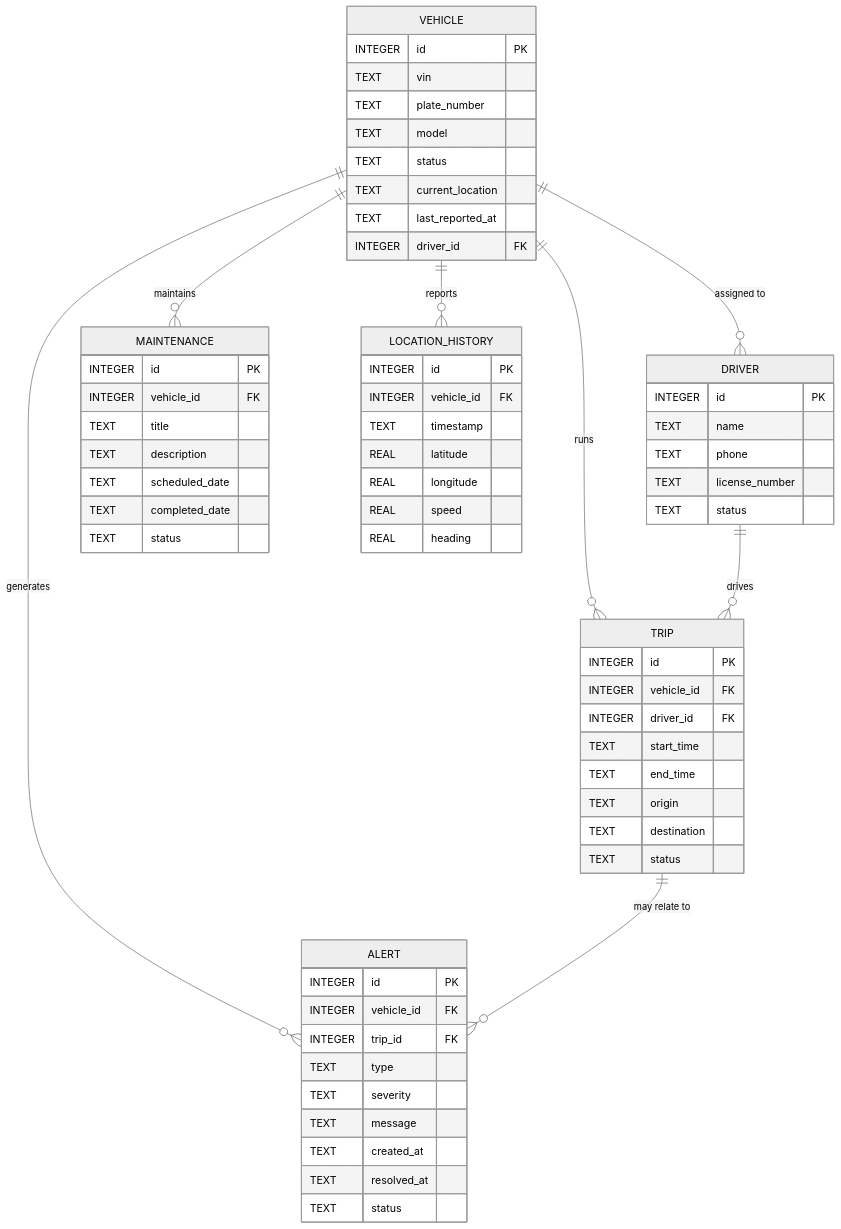
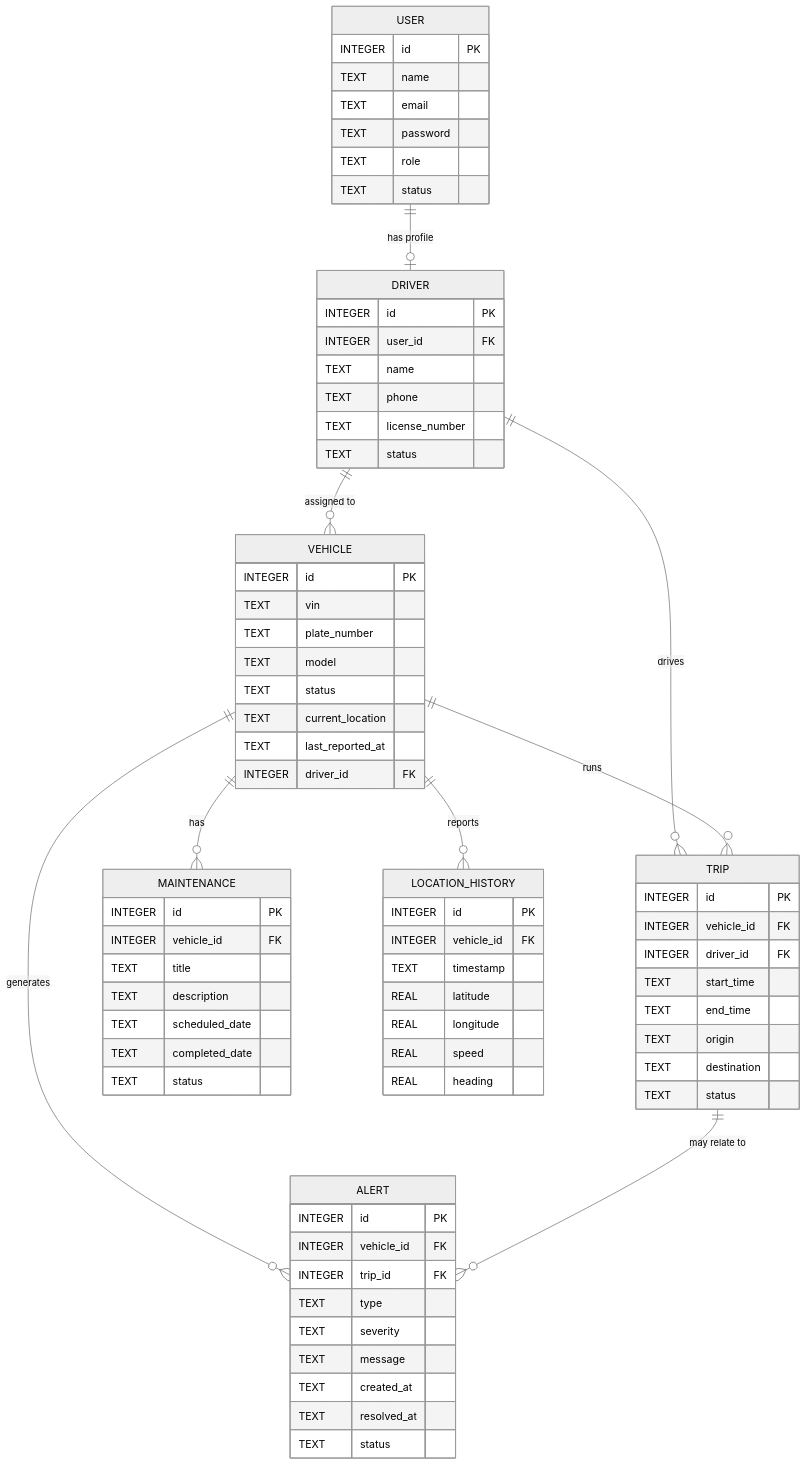
The diagram in docs/ER_Diagram.md (sachin49824-crypto/capstone), drawn with Mermaid (neutral theme) before and after one commit. The commit also changed other lines of this file, not shown here.

Commit message:
docs(er): update vehicle fleet ER diagram

````diff
--- a/docs/ER_Diagram.md
+++ b/docs/ER_Diagram.md
@@ -5,5 +5,24 @@
 ```mermaid
 erDiagram
+
+    USER {
+        INTEGER id PK
+        TEXT name
+        TEXT email
+        TEXT password
+        TEXT role
+        TEXT status
+    }
+
+    DRIVER {
+        INTEGER id PK
+        INTEGER user_id FK
+        TEXT name
+        TEXT phone
+        TEXT license_number
+        TEXT status
+    }
+
     VEHICLE {
         INTEGER id PK
         TEXT vin
@@ -14,13 +33,7 @@
         TEXT last_reported_at
         INTEGER driver_id FK
     }
-    DRIVER {
-        INTEGER id PK
-        TEXT name
-        TEXT phone
-        TEXT license_number
-        TEXT status
-    }
+
     TRIP {
         INTEGER id PK
         INTEGER vehicle_id FK
@@ -31,6 +44,7 @@
         TEXT destination
         TEXT status
     }
+
     ALERT {
         INTEGER id PK
         INTEGER vehicle_id FK
@@ -42,6 +56,7 @@
         TEXT resolved_at
         TEXT status
     }
+
     MAINTENANCE {
         INTEGER id PK
         INTEGER vehicle_id FK
@@ -51,6 +66,7 @@
         TEXT completed_date
         TEXT status
     }
+
     LOCATION_HISTORY {
         INTEGER id PK
         INTEGER vehicle_id FK
@@ -61,11 +77,12 @@
         REAL heading
     }
 
-    VEHICLE ||--o{ DRIVER : "assigned to"
+    USER ||--o| DRIVER : "has profile"
+    DRIVER ||--o{ VEHICLE : "assigned to"
+    DRIVER ||--o{ TRIP : "drives"
     VEHICLE ||--o{ TRIP : "runs"
-    DRIVER ||--o{ TRIP : "drives"
     VEHICLE ||--o{ ALERT : "generates"
     TRIP ||--o{ ALERT : "may relate to"
-    VEHICLE ||--o{ MAINTENANCE : "maintains"
+    VEHICLE ||--o{ MAINTENANCE : "has"
     VEHICLE ||--o{ LOCATION_HISTORY : "reports"
 ```
````
